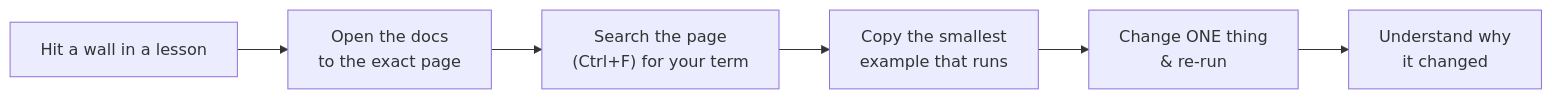
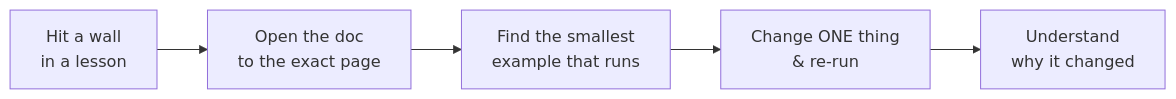
One commit to raghavpatpatia/cloud-engineer-bootcamp changed the diagram in RESOURCES.md. Above: the diagram before and after it, drawn with Mermaid. The commit also changed other lines of this file and 218 other files, not shown here.

````diff
--- a/RESOURCES.md
+++ b/RESOURCES.md
@@ -22,8 +13,7 @@
 ```mermaid
 flowchart LR
-    A["Hit a wall in a lesson"] --> B["Open the docs<br/>to the exact page"]
-    B --> C["Search the page<br/>(Ctrl+F) for your term"]
-    C --> D["Copy the smallest<br/>example that runs"]
-    D --> E["Change ONE thing<br/>& re-run"]
-    E --> F["Understand why<br/>it changed"]
+    A["Hit a wall<br/>in a lesson"] --> B["Open the doc<br/>to the exact page"]
+    B --> C["Find the smallest<br/>example that runs"]
+    C --> D["Change ONE thing<br/>& re-run"]
+    D --> E["Understand<br/>why it changed"]
 ```
````
